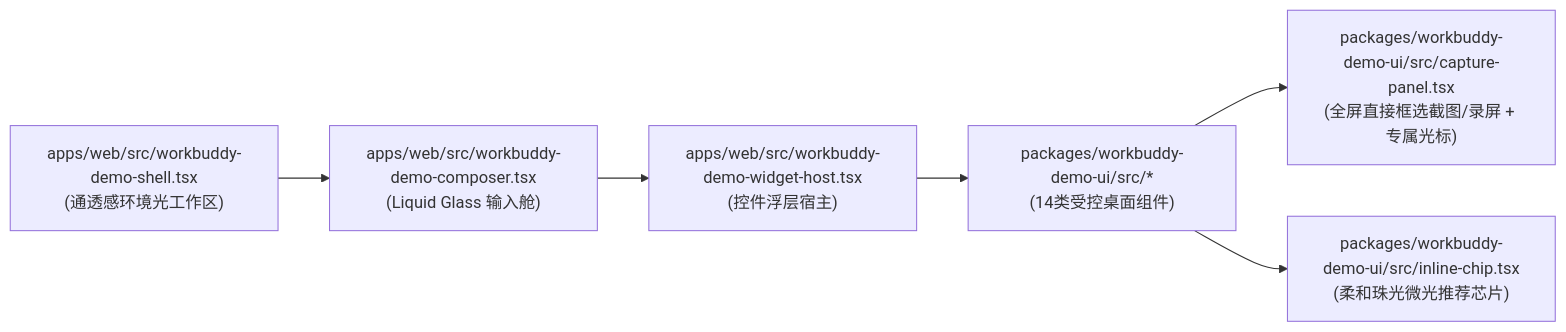
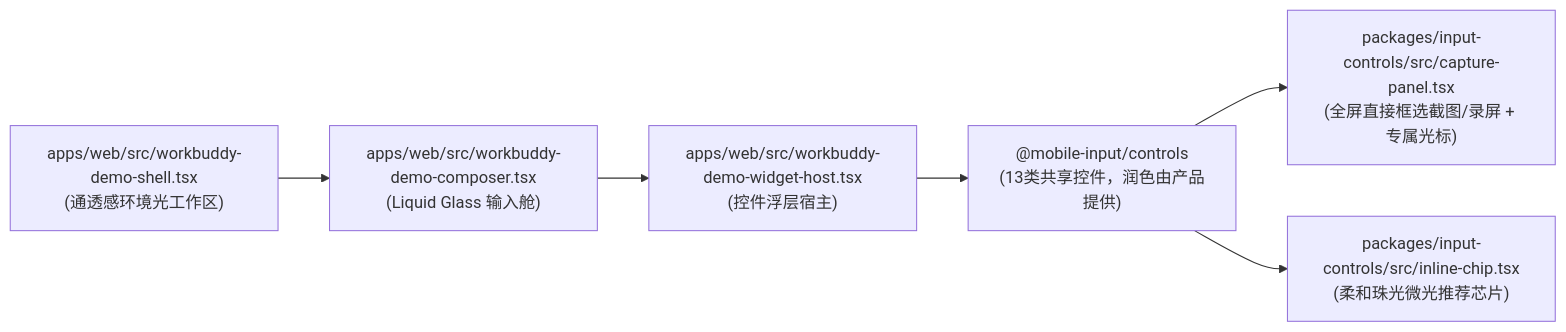
Before and after one commit to purryc/mobile-input: the first of 3 diagrams in docs/xiaoyi-work-specification.md, drawn with Mermaid. The commit also changed 69 other files, not shown here.

Commit message:
Adopt pinned shared controls in the Xiaoyi Web demo

````diff
--- a/docs/xiaoyi-work-specification.md
+++ b/docs/xiaoyi-work-specification.md
@@ -86,8 +86,8 @@
 ```mermaid
 flowchart LR
   Shell["apps/web/src/workbuddy-demo-shell.tsx\n(通透感环境光工作区)"] --> Composer["apps/web/src/workbuddy-demo-composer.tsx\n(Liquid Glass 输入舱)"]
   Composer --> Host["apps/web/src/workbuddy-demo-widget-host.tsx\n(控件浮层宿主)"]
-  Host --> Controls["packages/workbuddy-demo-ui/src/*\n(14类受控桌面组件)"]
-  Controls --> Capture["packages/workbuddy-demo-ui/src/capture-panel.tsx\n(全屏直接框选截图/录屏 + 专属光标)"]
-  Controls --> Chip["packages/workbuddy-demo-ui/src/inline-chip.tsx\n(柔和珠光微光推荐芯片)"]
+  Host --> Controls["@mobile-input/controls\n(13类共享控件，润色由产品提供)"]
+  Controls --> Capture["packages/input-controls/src/capture-panel.tsx\n(全屏直接框选截图/录屏 + 专属光标)"]
+  Controls --> Chip["packages/input-controls/src/inline-chip.tsx\n(柔和珠光微光推荐芯片)"]
 ```
````
